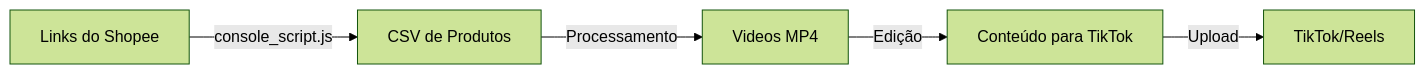
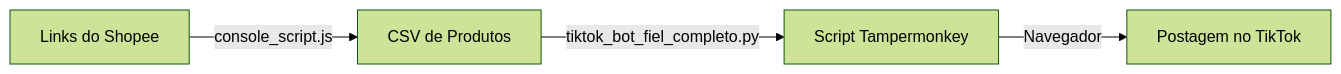
Before and after one commit to aletubegames/bestpricetoday: the diagram in tools/shopee_extract_mp4/COMO_USAR.md, drawn with Mermaid (forest theme). The commit also changed other lines of this file and 126 other files, not shown here.

````diff
--- a/tools/shopee_extract_mp4/COMO_USAR.md
+++ b/tools/shopee_extract_mp4/COMO_USAR.md
@@ -71,7 +65,6 @@
 ```mermaid
 graph LR
     A["Links do Shopee"] -->|console_script.js| B["CSV de Produtos"]
-    B -->|Processamento| C["Videos MP4"]
-    C -->|Edição| D["Conteúdo para TikTok"]
-    D -->|Upload| E["TikTok/Reels"]
+    B -->|tiktok_bot_fiel_completo.py| C["Script Tampermonkey"]
+    C -->|Navegador| D["Postagem no TikTok"]
 ```
````
